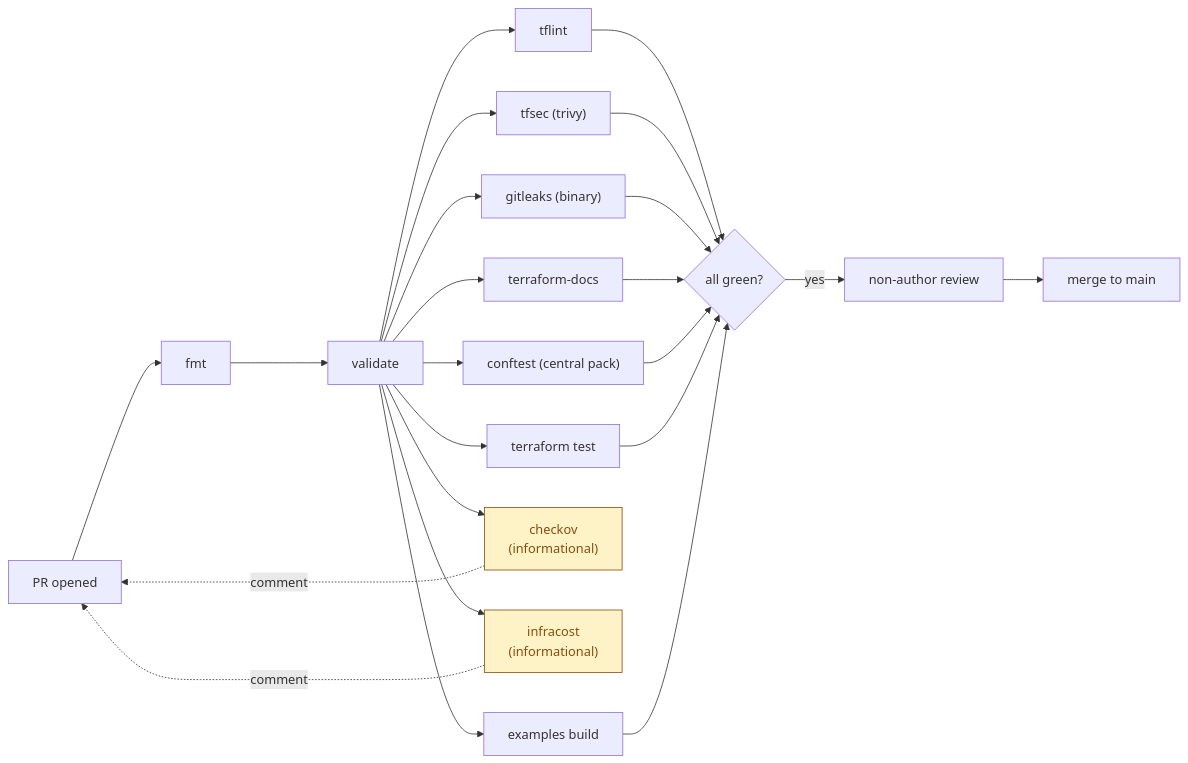
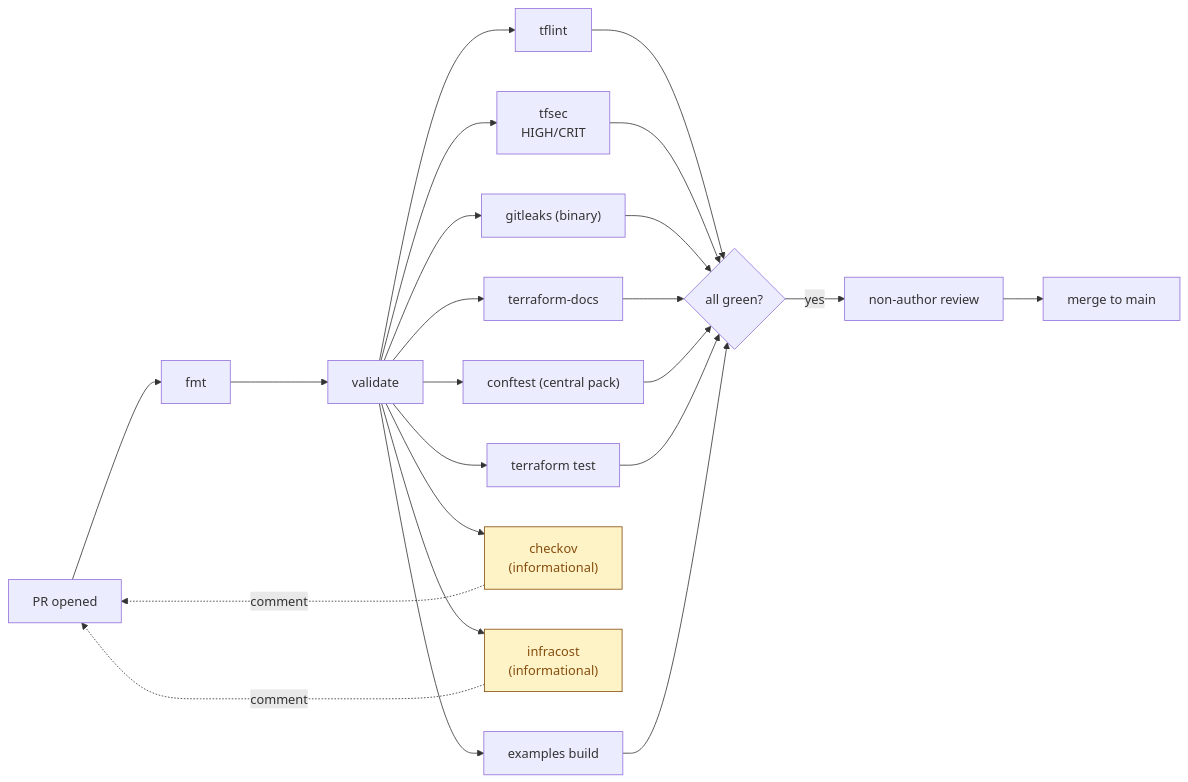
The second of 3 diagrams in README.md (devotica-labs/terraform-shared-config), drawn with Mermaid before and after one commit. The commit also changed other lines of this file, not shown here.

````diff
--- a/README.md
+++ b/README.md
@@ -149,27 +167,27 @@
 ```mermaid
 flowchart LR
     PR["PR opened"] --> FMT["fmt"]
     FMT --> VAL["validate"]
     VAL --> P2A["tflint"]
-    VAL --> P2B["tfsec (trivy)"]
+    VAL --> P2B["tfsec<br/>HIGH/CRIT"]
     VAL --> P2C["gitleaks (binary)"]
     VAL --> P2D["terraform-docs"]
     VAL --> P3A["conftest (central pack)"]
     VAL --> P3B["terraform test"]
     VAL --> P4A["checkov<br/>(informational)"]
     VAL --> P4B["infracost<br/>(informational)"]
     VAL --> P4C["examples build"]
     P2A --> GATE{all green?}
     P2B --> GATE
     P2C --> GATE
     P2D --> GATE
     P3A --> GATE
     P3B --> GATE
     P4C --> GATE
     P4A -.->|comment| PR
     P4B -.->|comment| PR
     GATE -- yes --> REVIEW["non-author review"]
     REVIEW --> MERGE["merge to main"]
     classDef inform fill:#fef3c7,stroke:#854d0e,color:#854d0e;
     class P4A,P4B inform;
 ```
````
